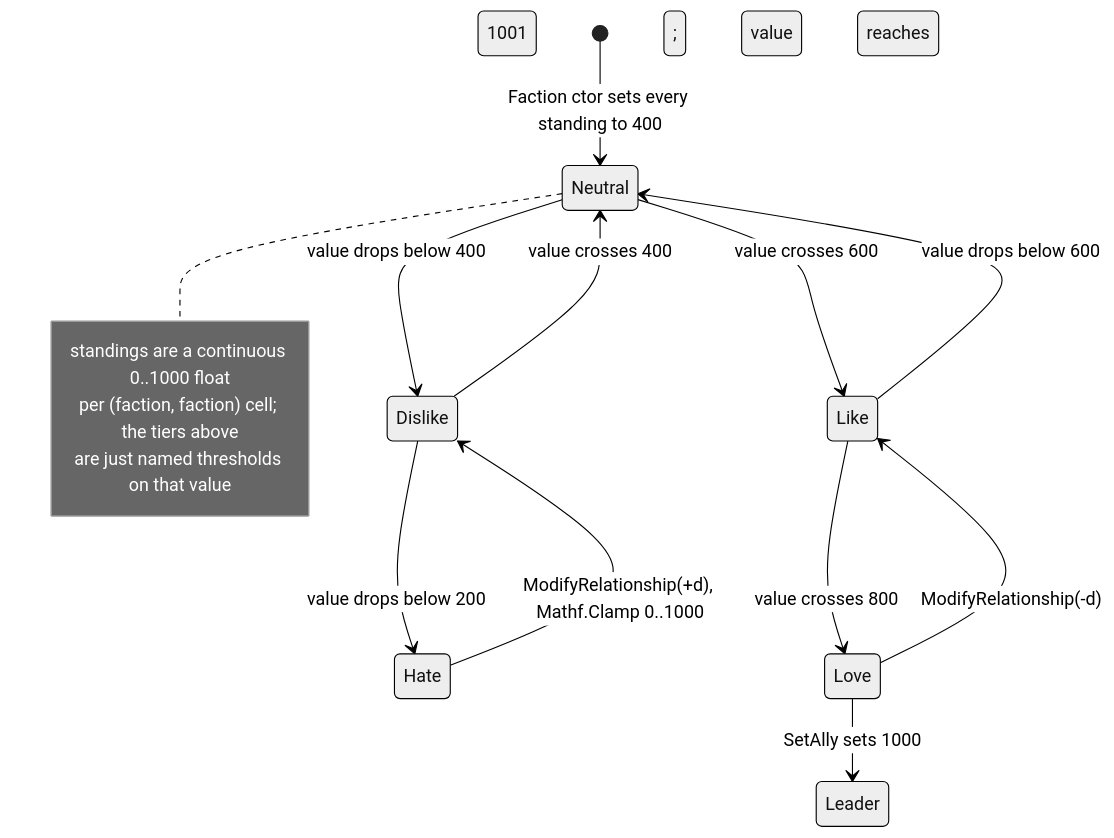
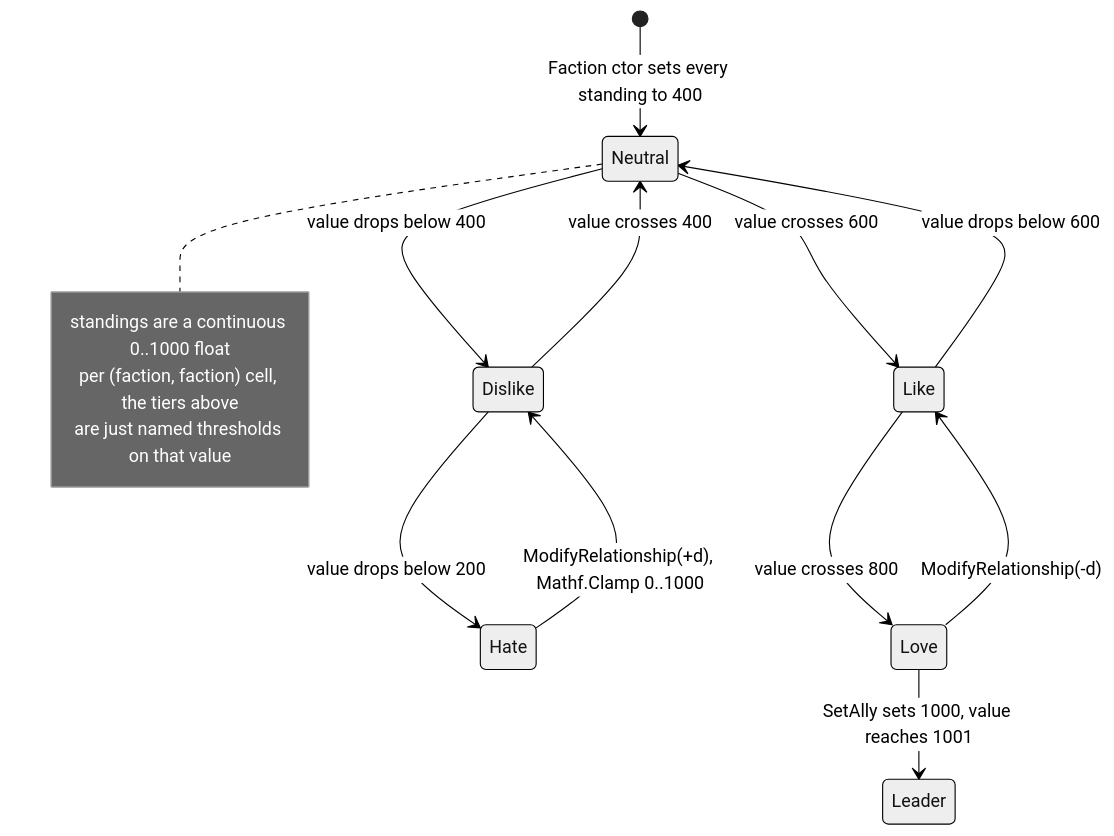
Before and after one commit to hordeforge/7dtd-engine-research: the third of 4 diagrams in docs/parties-factions.md, drawn with Mermaid (neutral theme). The commit also changed 15 other files, not shown here.

First line of the commit message:
Map every state machine and fix mermaid 8.6 breakages corpus-wide

````diff
--- a/docs/parties-factions.md
+++ b/docs/parties-factions.md
@@ -251,18 +251,18 @@
 ```mermaid
 stateDiagram-v2
   [*] --> Neutral: Faction ctor sets every standing to 400
   Hate --> Dislike: ModifyRelationship(+d), Mathf.Clamp 0..1000
   Dislike --> Neutral: value crosses 400
   Neutral --> Like: value crosses 600
   Like --> Love: value crosses 800
-  Love --> Leader: SetAlly sets 1000; value reaches 1001
+  Love --> Leader: SetAlly sets 1000, value reaches 1001
   Love --> Like: ModifyRelationship(-d)
   Like --> Neutral: value drops below 600
   Neutral --> Dislike: value drops below 400
   Dislike --> Hate: value drops below 200
   note right of Neutral
     standings are a continuous 0..1000 float
-    per (faction, faction) cell; the tiers above
+    per (faction, faction) cell, the tiers above
     are just named thresholds on that value
   end note
 ```
````
